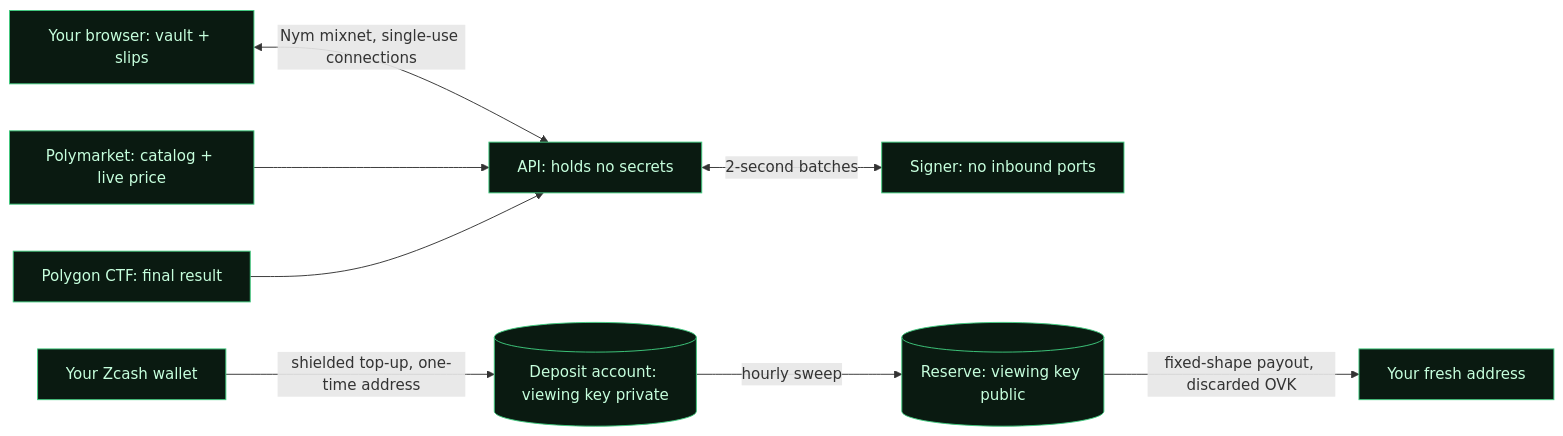
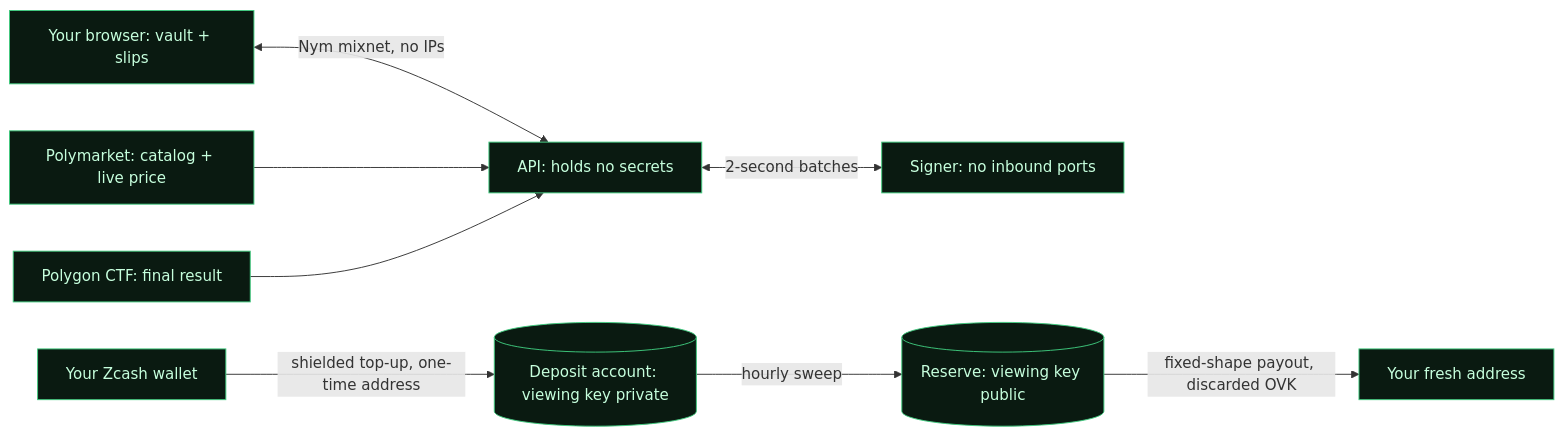
One commit to Sybzik/blindbook changed the diagram in README.md. Above: the diagram before and after it, drawn with Mermaid. The commit also changed other lines of this file and 5 other files, not shown here.

````diff
--- a/README.md
+++ b/README.md
@@ -45,12 +45,12 @@
 ```mermaid
 flowchart LR
     W["Your Zcash wallet"] -->|"shielded top-up, one-time address"| D[("Deposit account: viewing key private")]
-    B["Your browser: vault + slips"] <-->|"Nym mixnet, single-use connections"| A["API: holds no secrets"]
+    B["Your browser: vault + slips"] <-->|"Nym mixnet, no IPs"| A["API: holds no secrets"]
     A <-->|"2-second batches"| S["Signer: no inbound ports"]
     P["Polymarket: catalog + live price"] --> A
     C["Polygon CTF: final result"] --> A
     D -->|"hourly sweep"| R[("Reserve: viewing key public")]
     R -->|"fixed-shape payout, discarded OVK"| F["Your fresh address"]
     classDef bb fill:#0A1A11,stroke:#3FCB7E,color:#C6FFDD
     class W,D,B,A,S,P,C,R,F bb
 ```
````
